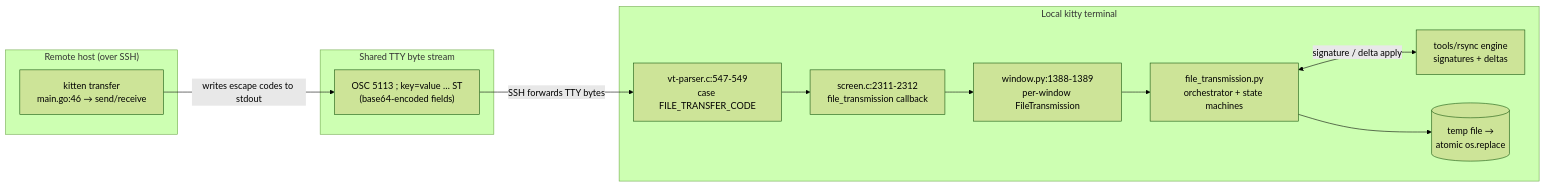
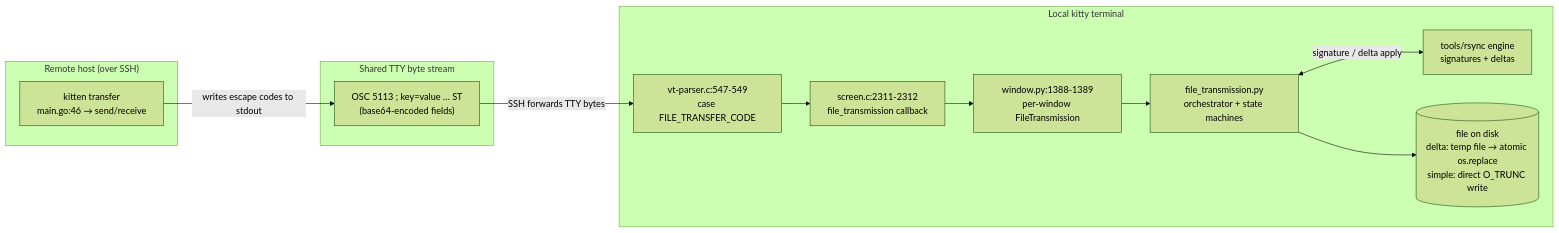
One commit to blitzy-research/kitty changed the diagram in blitzy/documentation/kitty_815df1e210e0.md. Above: the diagram before and after it, drawn with Mermaid (forest theme). The commit also changed other lines of this file, not shown here.

First line of the commit message:
docs: scope temp-file/atomic-rename claim to rsync delta path (QA fix)

````diff
--- a/blitzy/documentation/kitty_815df1e210e0.md
+++ b/blitzy/documentation/kitty_815df1e210e0.md
@@ -144,22 +144,22 @@
 ```mermaid
 flowchart LR
     subgraph Remote["Remote host (over SSH)"]
         K["kitten transfer<br/>main.go:46 → send/receive"]
     end
     subgraph TTY["Shared TTY byte stream"]
         OSC["OSC 5113 ; key=value … ST<br/>(base64-encoded fields)"]
     end
     subgraph Local["Local kitty terminal"]
         VP["vt-parser.c:547-549<br/>case FILE_TRANSFER_CODE"]
         SC["screen.c:2311-2312<br/>file_transmission callback"]
         WIN["window.py:1388-1389<br/>per-window FileTransmission"]
         FT["file_transmission.py<br/>orchestrator + state machines"]
         RS["tools/rsync engine<br/>signatures + deltas"]
-        DISK[("temp file →<br/>atomic os.replace")]
+        DISK[("file on disk<br/>delta: temp file → atomic os.replace<br/>simple: direct O_TRUNC write")]
     end
     K -->|writes escape codes to stdout| OSC
     OSC -->|SSH forwards TTY bytes| VP
     VP --> SC --> WIN --> FT
     FT <-->|signature / delta apply| RS
     FT --> DISK
 ```
````
